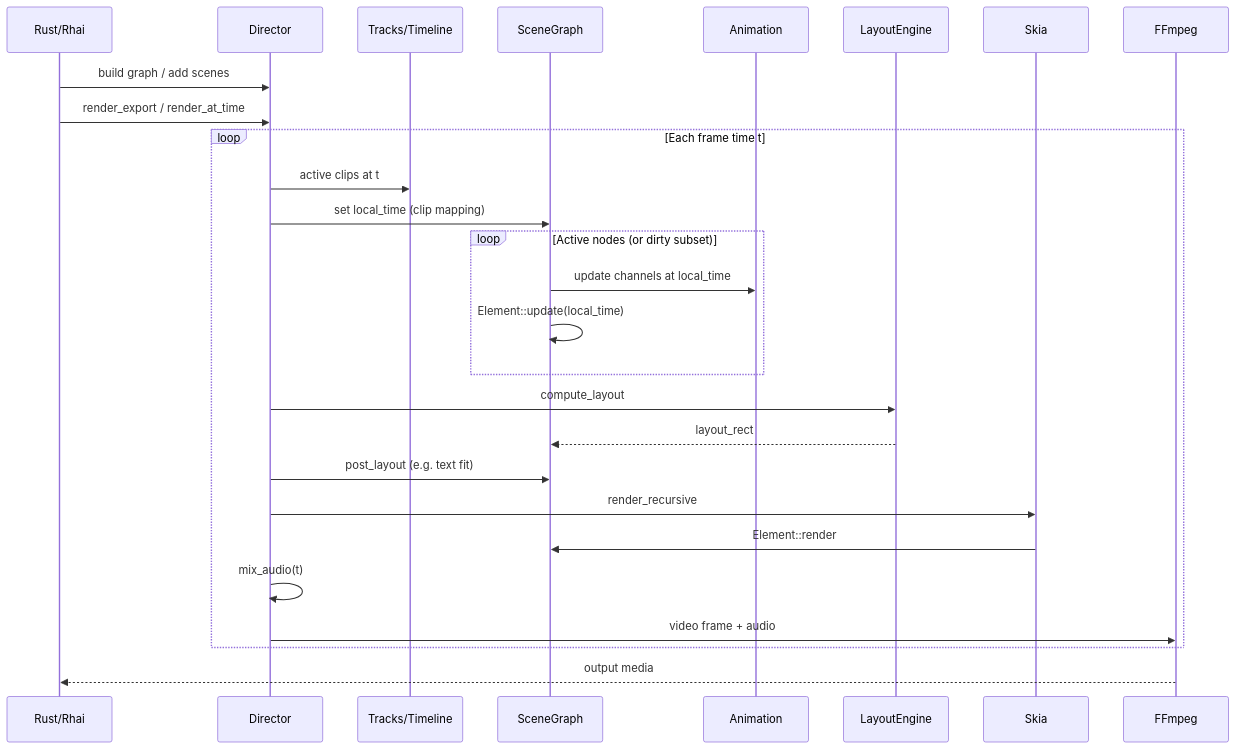
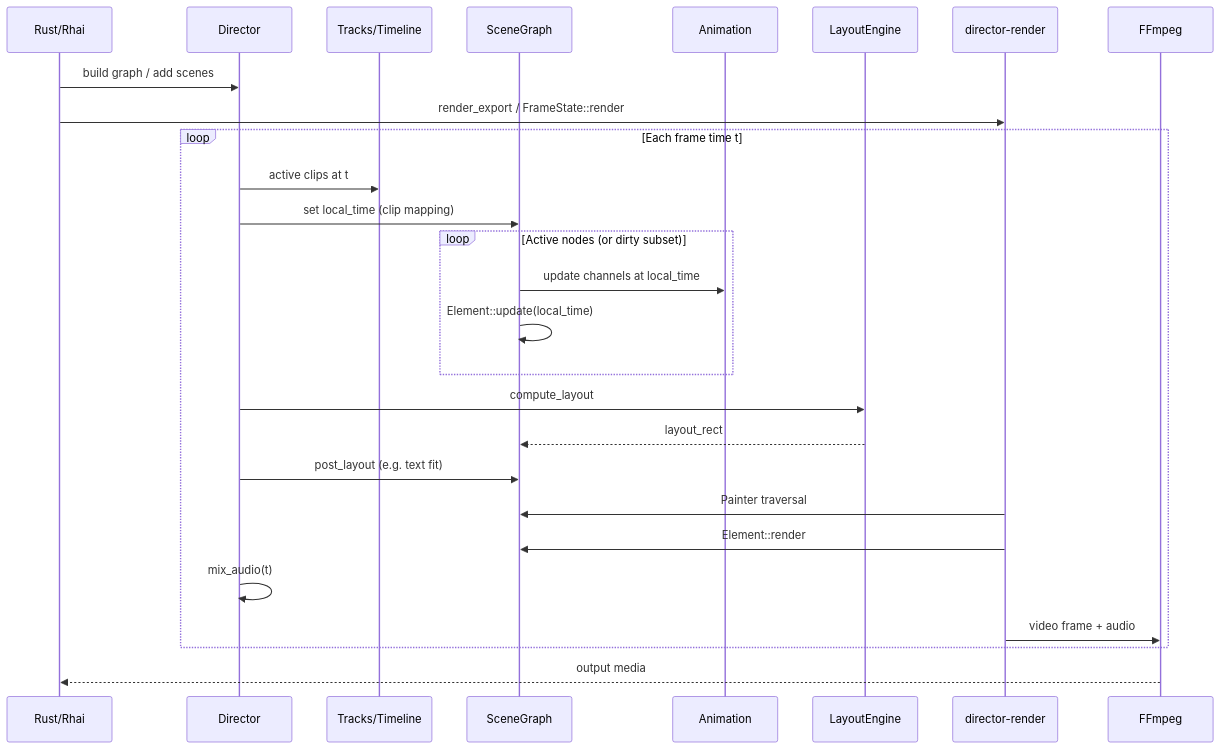
Before and after one commit to stepupgaming/director: the diagram in docs/architecture/overview.md, drawn with Mermaid. The commit also changed other lines of this file and 90 other files, not shown here.

Commit message:
Switch export, preview and the CLI to director-render and delete the core frame path.

````diff
--- a/docs/architecture/overview.md
+++ b/docs/architecture/overview.md
@@ -28,31 +28,31 @@
 ```mermaid
 sequenceDiagram
     participant User as Rust/Rhai
     participant Director
     participant Tracks as Tracks/Timeline
     participant Scene as SceneGraph
     participant Anim as Animation
     participant Layout as LayoutEngine
-    participant Render as Skia
+    participant Render as director-render
     participant Encoder as FFmpeg
 
     User->>Director: build graph / add scenes
-    User->>Director: render_export / render_at_time
+    User->>Render: render_export / FrameState::render
 
     loop Each frame time t
         Director->>Tracks: active clips at t
         Director->>Scene: set local_time (clip mapping)
         loop Active nodes (or dirty subset)
             Scene->>Anim: update channels at local_time
             Scene->>Scene: Element::update(local_time)
         end
         Director->>Layout: compute_layout
         Layout-->>Scene: layout_rect
         Director->>Scene: post_layout (e.g. text fit)
-        Director->>Render: render_recursive
+        Render->>Scene: Painter traversal
         Render->>Scene: Element::render
         Director->>Director: mix_audio(t)
-        Director->>Encoder: video frame + audio
+        Render->>Encoder: video frame + audio
     end
     Encoder-->>User: output media
 ```
````
